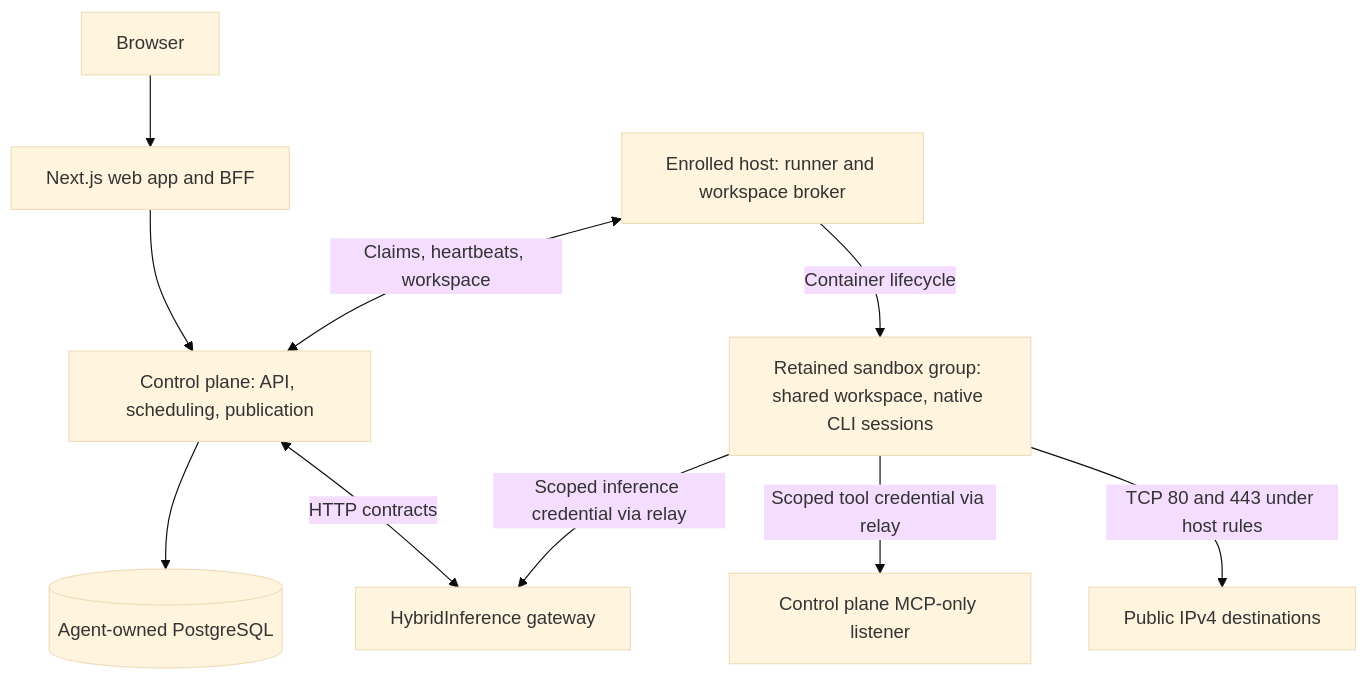
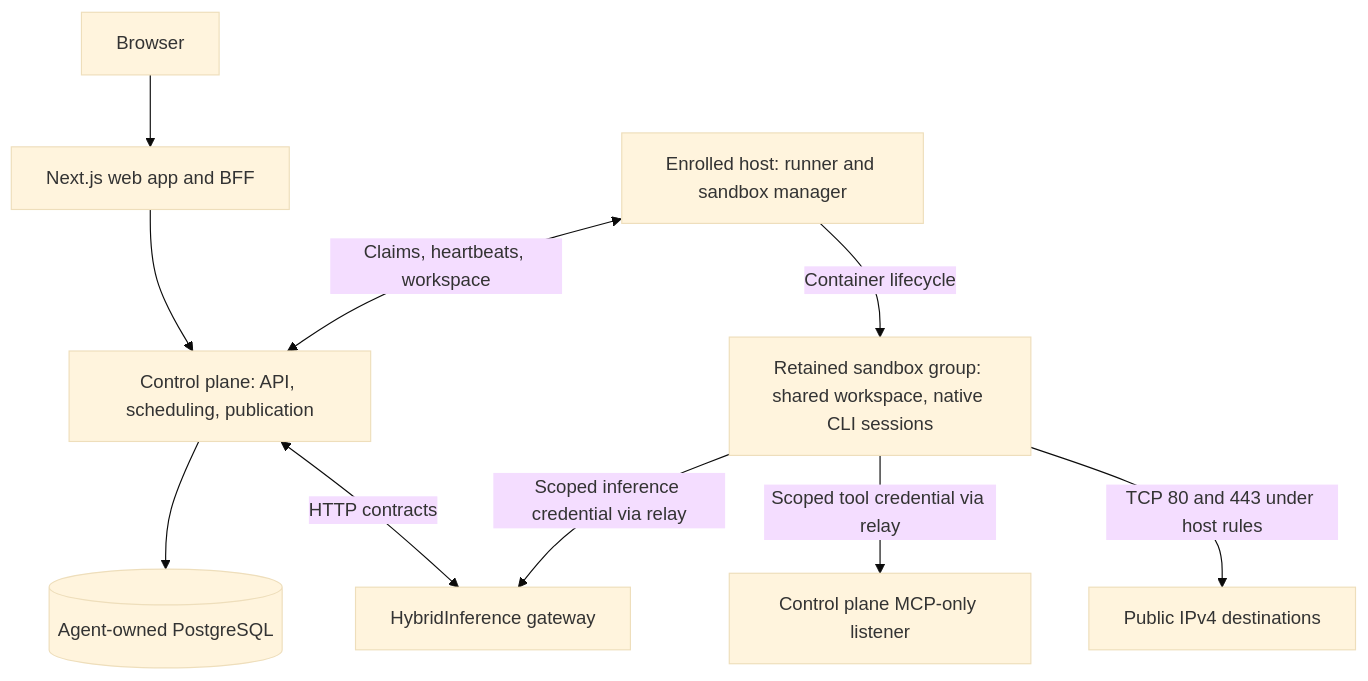
The diagram in README.md (B-A-M-N/hybridInference-cloud-agent-1), drawn with Mermaid (base theme) before and after one commit. The commit also changed other lines of this file and 264 other files, not shown here.

First line of the commit message:
refactor: rename Workspace Broker to Sandbox Manager (#575)

````diff
--- a/README.md
+++ b/README.md
@@ -117,12 +117,12 @@
 ```mermaid
 flowchart TD
     Browser[Browser] --> Web[Next.js web app and BFF]
     Web --> Control[Control plane: API, scheduling, publication]
     Control --> Database[(Agent-owned PostgreSQL)]
     Control <-->|HTTP contracts| Gateway[HybridInference gateway]
-    Host[Enrolled host: runner and workspace broker] <-->|Claims, heartbeats, workspace| Control
+    Host[Enrolled host: runner and sandbox manager] <-->|Claims, heartbeats, workspace| Control
     Host -->|Container lifecycle| Sandbox[Retained sandbox group: shared workspace, native CLI sessions]
     Sandbox -->|Scoped inference credential via relay| Gateway
     Sandbox -->|Scoped tool credential via relay| MCP[Control plane MCP-only listener]
     Sandbox -->|TCP 80 and 443 under host rules| Public[Public IPv4 destinations]
 ```
````
